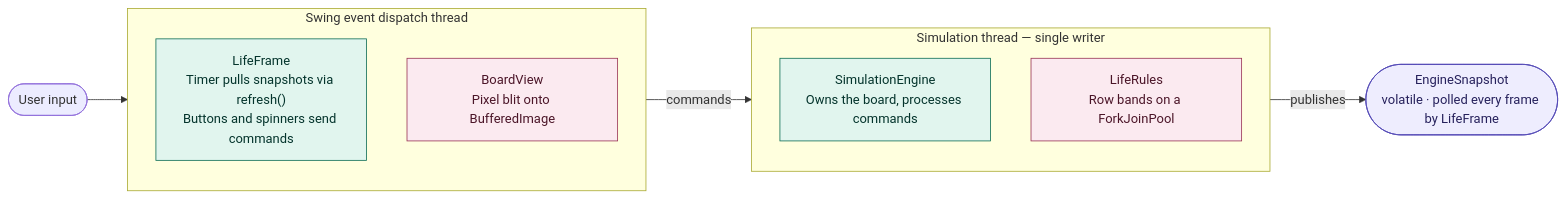
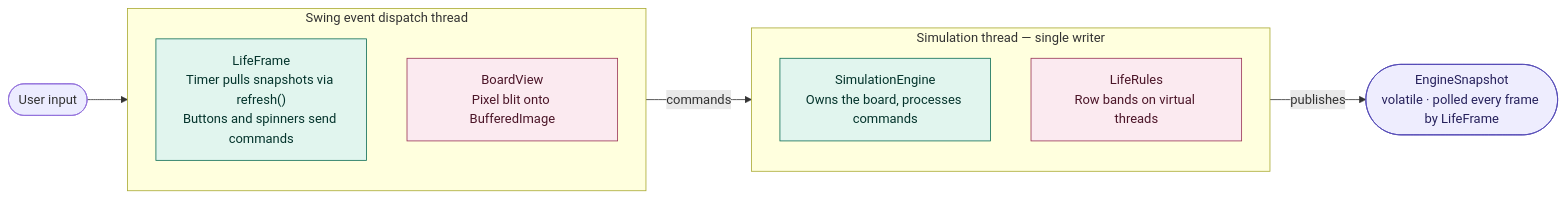
Before and after one commit to ymoroz89/conway-game-of-life-gui: the first of 2 diagrams in README.md, drawn with Mermaid. The commit also changed other lines of this file and 11 other files, not shown here.

First line of the commit message:
a virtual simulation thread plus a virtual-thread executor keeps the whole generation inside one scheduler, so the wake-up is local and threads that are already awake do the next piece of work.

````diff
--- a/README.md
+++ b/README.md
@@ -127,27 +129,27 @@
 ```mermaid
 flowchart LR
     user(["User input"]) --> UI
 
     subgraph UI["Swing event dispatch thread"]
         direction TB
         LifeFrame["LifeFrame<br/>Timer pulls snapshots via refresh()<br/>Buttons and spinners send commands"]
         BoardView["BoardView<br/>Pixel blit onto BufferedImage"]
     end
 
     UI -- commands --> ENGINE
 
     subgraph ENGINE["Simulation thread — single writer"]
         direction TB
         SimulationEngine["SimulationEngine<br/>Owns the board, processes commands"]
-        LifeRules["LifeRules<br/>Row bands on a ForkJoinPool"]
+        LifeRules["LifeRules<br/>Row bands on virtual threads"]
     end
 
     ENGINE -- publishes --> Snapshot(["EngineSnapshot<br/>volatile · polled every frame by LifeFrame"])
 
     classDef orchestrator fill:#E1F5EE,stroke:#0F6E56,color:#04342C
     classDef worker fill:#FBEAF0,stroke:#993556,color:#4B1528
     classDef state fill:#EEEDFE,stroke:#534AB7,color:#26215C
     class LifeFrame,SimulationEngine orchestrator
     class BoardView,LifeRules worker
     class Snapshot state
 ```
````
